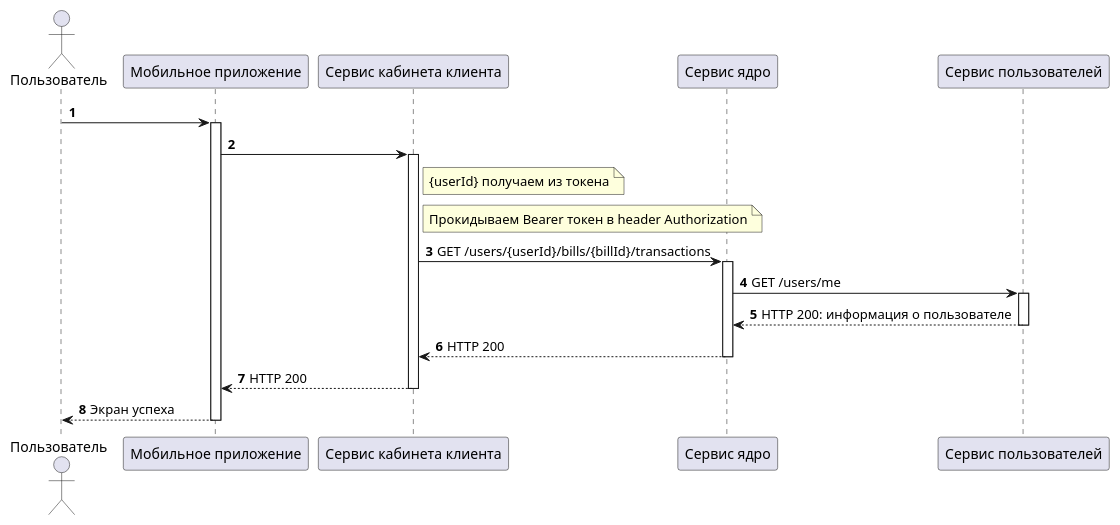
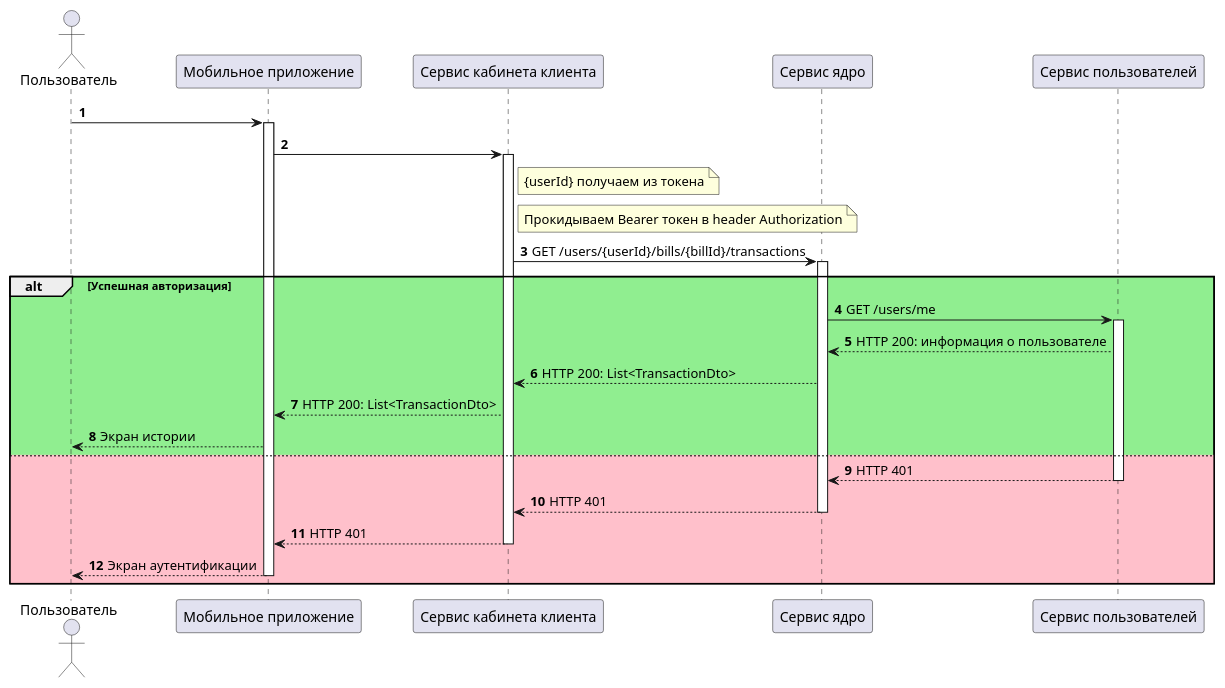
Before and after one commit to AlekseyFeofilov/HubaBank: the diagram in diagrams/client/Посмотреть историю своего счета.puml, drawn with PlantUML. The commit also changed 9 other files, not shown here.

Commit message:
Правка сиквенс диаграмм

```diff
--- a/diagrams/client/Посмотреть историю своего счета.puml
+++ b/diagrams/client/Посмотреть историю своего счета.puml
@@ -1,36 +1,43 @@
 @startuml
 'https://plantuml.com/sequence-diagram
 
 autonumber
 
 actor "Пользователь" as User
 participant "Мобильное приложение" as MobileApp
 participant "Сервис кабинета клиента" as ClientService
 participant "Сервис ядро" as CoreService
 participant "Сервис пользователей" as UserService
 
 User -> MobileApp
 activate MobileApp
 
     MobileApp -> ClientService
     activate ClientService
 
         note right ClientService
         {userId} получаем из токена
         end note
 
         note right ClientService
         Прокидываем Bearer токен в header Authorization
         end note
 
         ClientService -> CoreService: GET /users/{userId}/bills/{billId}/transactions
         activate CoreService
 
+alt #lightgreen Успешная авторизация
             CoreService -> UserService: GET /users/me
             activate UserService
-            return HTTP 200: информация о пользователе
-        return HTTP 200
-    return HTTP 200
-return Экран успеха
+            CoreService <-- UserService: HTTP 200: информация о пользователе
+            ClientService <-- CoreService: HTTP 200: List<TransactionDto>
+            MobileApp <-- ClientService: HTTP 200: List<TransactionDto>
+            User <-- MobileApp: Экран истории
+else #pink
+            return HTTP 401
+        return HTTP 401
+    return HTTP 401
+return Экран аутентификации
+end
 
 @enduml
```
